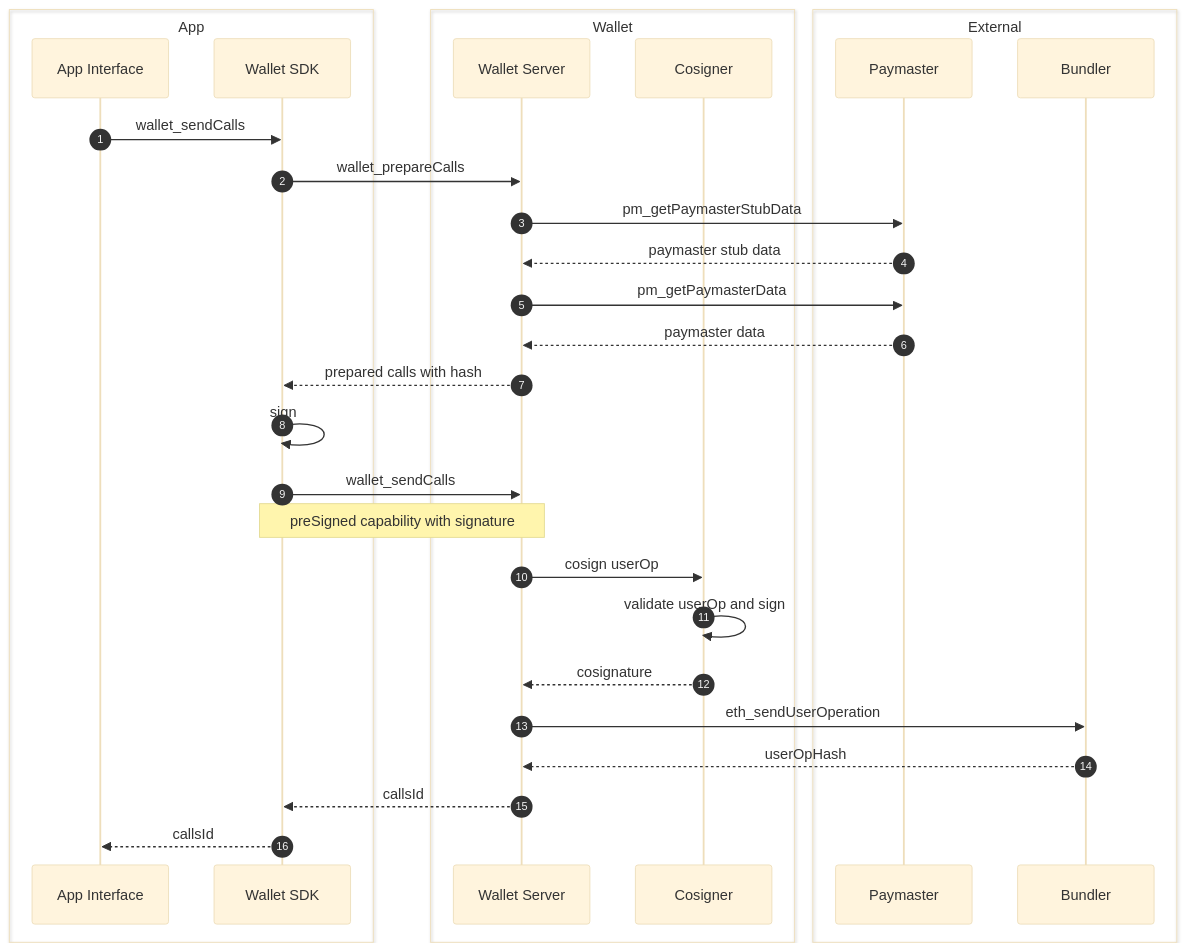
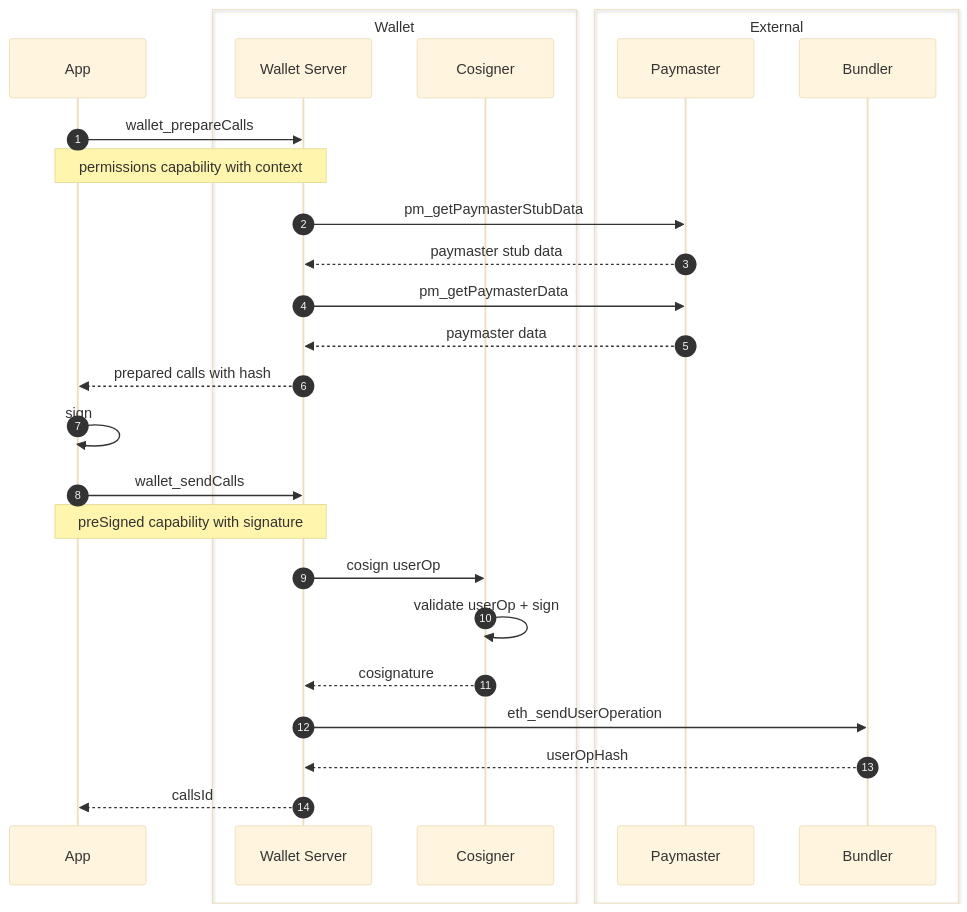
One commit to coinbase/smart-wallet-permissions changed the second of 2 diagrams in README.md. Above: the diagram before and after it, drawn with Mermaid (base theme). The commit also changed other lines of this file and 3 other files, not shown here.

````diff
--- a/README.md
+++ b/README.md
@@ -75,34 +52,30 @@
 ```mermaid
 sequenceDiagram
     autonumber
-    box transparent App
-        participant A as App Interface
-        participant SDK as Wallet SDK
-    end
+    participant A as App
     box transparent Wallet
         participant WS as Wallet Server
         participant CS as Cosigner
     end
     box transparent External
         participant P as Paymaster
         participant B as Bundler
     end
 
-    A->>SDK: wallet_sendCalls
-    SDK->>WS: wallet_prepareCalls
+    A->>WS: wallet_prepareCalls
+    Note over A,WS: permissions capability with context
     WS->>P: pm_getPaymasterStubData
     P-->>WS: paymaster stub data
     WS->>P: pm_getPaymasterData
     P-->>WS: paymaster data
-    WS-->>SDK: prepared calls with hash
-    SDK->>SDK: sign
-    SDK->>WS: wallet_sendCalls
-    Note over SDK,WS: preSigned capability with signature
+    WS-->>A: prepared calls with hash
+    A->>A: sign
+    A->>WS: wallet_sendCalls
+    Note over A,WS: preSigned capability with signature
     WS->>CS: cosign userOp
-    CS->>CS: validate userOp and sign
+    CS->>CS: validate userOp + sign
     CS-->>WS: cosignature
     WS->>B: eth_sendUserOperation
     B-->>WS: userOpHash
-    WS-->>SDK: callsId
-    SDK-->>A: callsId
+    WS-->>A: callsId
 ```
````
